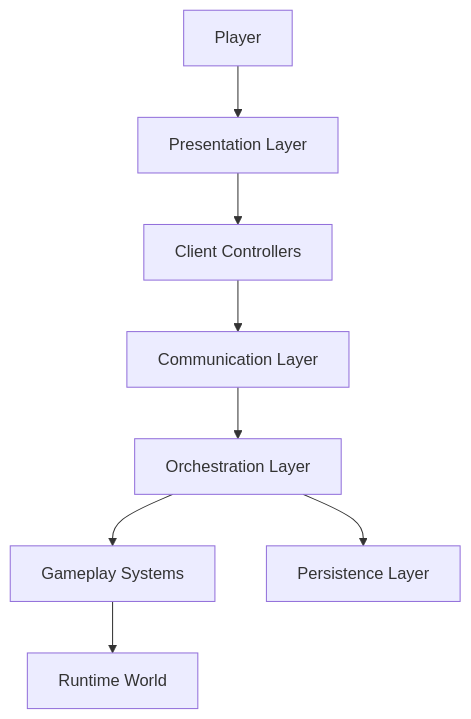
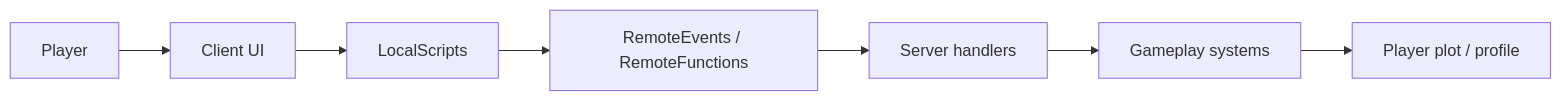
The diagram in docs/client-server.md (Pval-Dev/Idle-Boss-Fighters), drawn with Mermaid before and after one commit. The commit also changed other lines of this file and 8 other files, not shown here.

````diff
--- a/docs/client-server.md
+++ b/docs/client-server.md
@@ -13,33 +9,9 @@
 ```mermaid
-flowchart TD
-
-Player["Player"]
-
-UI["Presentation Layer"]
-
-Local["Client Controllers"]
-
-Remote["Communication Layer"]
-
-GameManager["Orchestration Layer"]
-
-Systems["Gameplay Systems"]
-
-Persistence["Persistence Layer"]
-
-World["Runtime World"]
-
-Player --> UI
-
-UI --> Local
-
-Local --> Remote
-
-Remote --> GameManager
-
-GameManager --> Systems
-
-Systems --> World
-
-GameManager --> Persistence
+flowchart LR
+    Player --> UI["Client UI"]
+    UI --> Local["LocalScripts"]
+    Local --> Remote["RemoteEvents / RemoteFunctions"]
+    Remote --> Server["Server handlers"]
+    Server --> Systems["Gameplay systems"]
+    Systems --> Runtime["Player plot / profile"]
 ```
````
